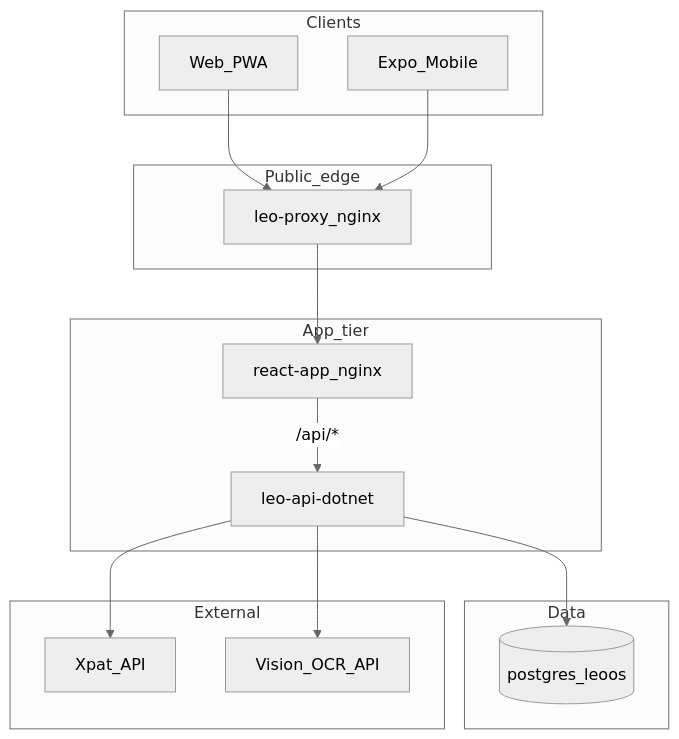
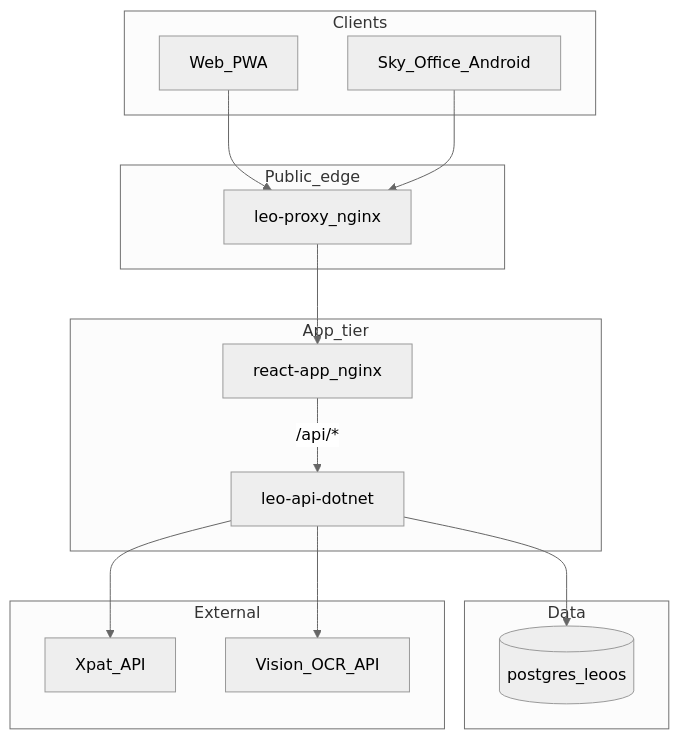
One commit to adhuhaam/sky_office_homelab changed the diagram in README.md. Above: the diagram before and after it, drawn with Mermaid (neutral theme). The commit also changed other lines of this file and 272 other files, not shown here.

First line of the commit message:
Collapse to a single Sky Office Android app.

````diff
--- a/README.md
+++ b/README.md
@@ -83,33 +82,33 @@
 ```mermaid
 flowchart TB
   subgraph clients [Clients]
     Web[Web_PWA]
-    Mobile[Expo_Mobile]
+    Sky[Sky_Office_Android]
   end
 
   subgraph edge [Public_edge]
     Proxy[leo-proxy_nginx]
   end
 
   subgraph app [App_tier]
     Static[react-app_nginx]
     ApiDotnet[leo-api-dotnet]
   end
 
   subgraph data [Data]
     DB[(postgres_leoos)]
   end
 
   subgraph ext [External]
     Xpat[Xpat_API]
     OCR[Vision_OCR_API]
   end
 
   Web --> Proxy
-  Mobile --> Proxy
+  Sky --> Proxy
   Proxy --> Static
   Static -->|"/api/*"| ApiDotnet
   ApiDotnet --> DB
   ApiDotnet --> Xpat
   ApiDotnet --> OCR
 ```
````
